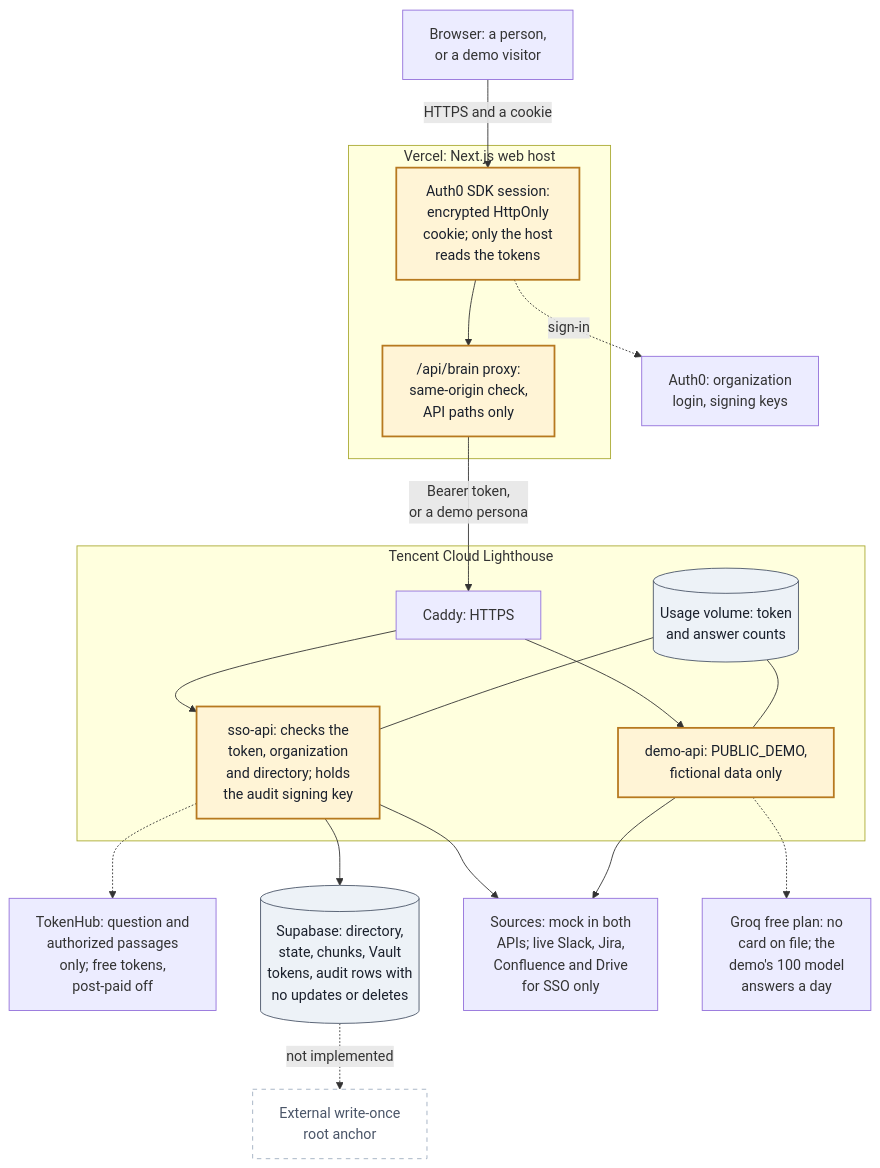
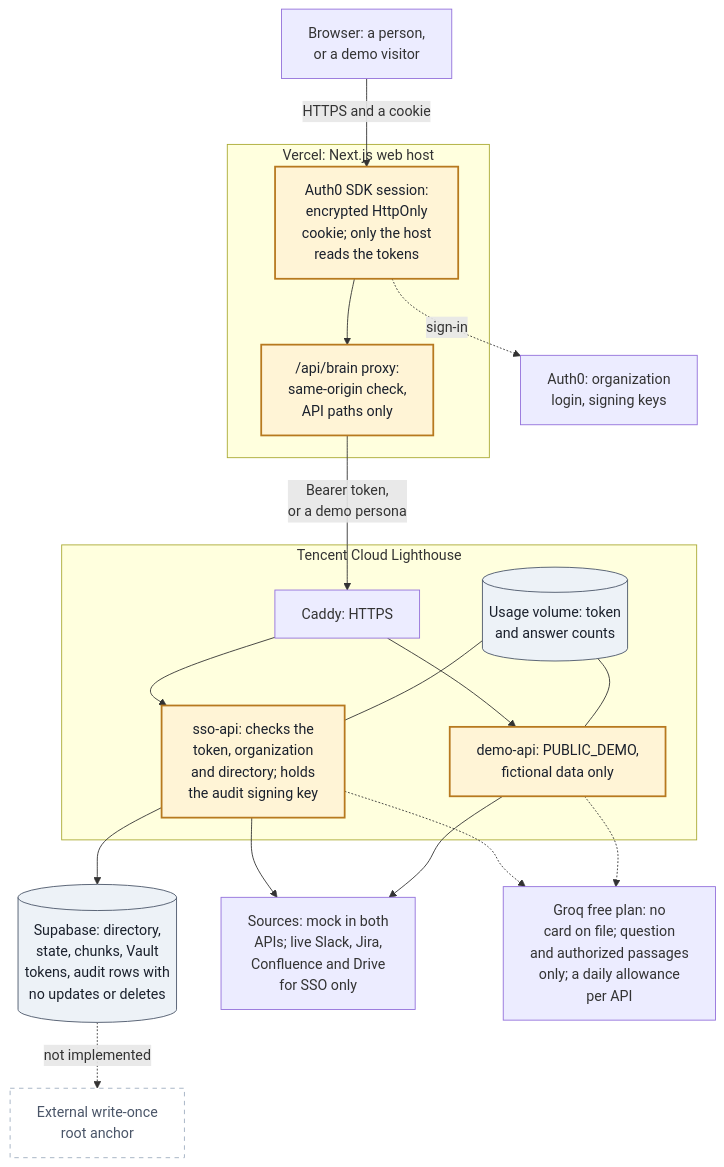
Before and after one commit to Danixjg/Broppy: the first of 2 diagrams in docs/trust-boundary.md, drawn with Mermaid. The commit also changed other lines of this file and 9 other files, not shown here.

First line of the commit message:
docs: no Tencent model; Groq answers on both APIs; log D55

````diff
--- a/docs/trust-boundary.md
+++ b/docs/trust-boundary.md
@@ -13,47 +13,46 @@
 ```mermaid
 flowchart TB
   classDef store fill:#edf2f7,stroke:#4a5568,color:#1a202c
   classDef guard fill:#fff4d6,stroke:#b7791f,stroke-width:2px,color:#1a202c
   classDef missing fill:#ffffff,stroke:#a0aec0,stroke-dasharray:5 5,color:#4a5568
 
   Visitor["Browser: a person,<br/>or a demo visitor"]
 
   subgraph Vercel["Vercel: Next.js web host"]
     Session["Auth0 SDK session:<br/>encrypted HttpOnly<br/>cookie; only the host<br/>reads the tokens"]
     Proxy["/api/brain proxy:<br/>same-origin check,<br/>API paths only"]
   end
 
   Auth0["Auth0: organization<br/>login, signing keys"]
 
   subgraph Lighthouse["Tencent Cloud Lighthouse"]
     Caddy["Caddy: HTTPS"]
     Usage[("Usage volume: token<br/>and answer counts")]
     SsoAPI["sso-api: checks the<br/>token, organization<br/>and directory; holds<br/>the audit signing key"]
     DemoAPI["demo-api: PUBLIC_DEMO,<br/>fictional data only"]
   end
 
-  TokenHub["TokenHub: question and<br/>authorized passages<br/>only; free tokens,<br/>post-paid off"]
   Supabase[("Supabase: directory,<br/>state, chunks, Vault<br/>tokens, audit rows with<br/>no updates or deletes")]
   Sources["Sources: mock in both<br/>APIs; live Slack, Jira,<br/>Confluence and Drive<br/>for SSO only"]
-  Groq["Groq free plan: no<br/>card on file; the<br/>demo's 100 model<br/>answers a day"]
+  Groq["Groq free plan: no<br/>card on file; question<br/>and authorized passages<br/>only; a daily allowance<br/>per API"]
   Anchor["External write-once<br/>root anchor"]
 
   Visitor -->|"HTTPS and a cookie"| Session
   Session --> Proxy
   Session -.->|"sign-in"| Auth0
   Proxy -->|"Bearer token,<br/>or a demo persona"| Caddy
   Caddy --> SsoAPI
   Caddy --> DemoAPI
   Usage --- SsoAPI
   Usage --- DemoAPI
-  SsoAPI -.-> TokenHub
+  SsoAPI -.-> Groq
   SsoAPI --> Supabase
   SsoAPI --> Sources
   DemoAPI --> Sources
   DemoAPI -.-> Groq
   Supabase -.->|"not implemented"| Anchor
 
   class Session,Proxy,SsoAPI,DemoAPI guard
   class Supabase,Usage store
   class Anchor missing
 ```
````
